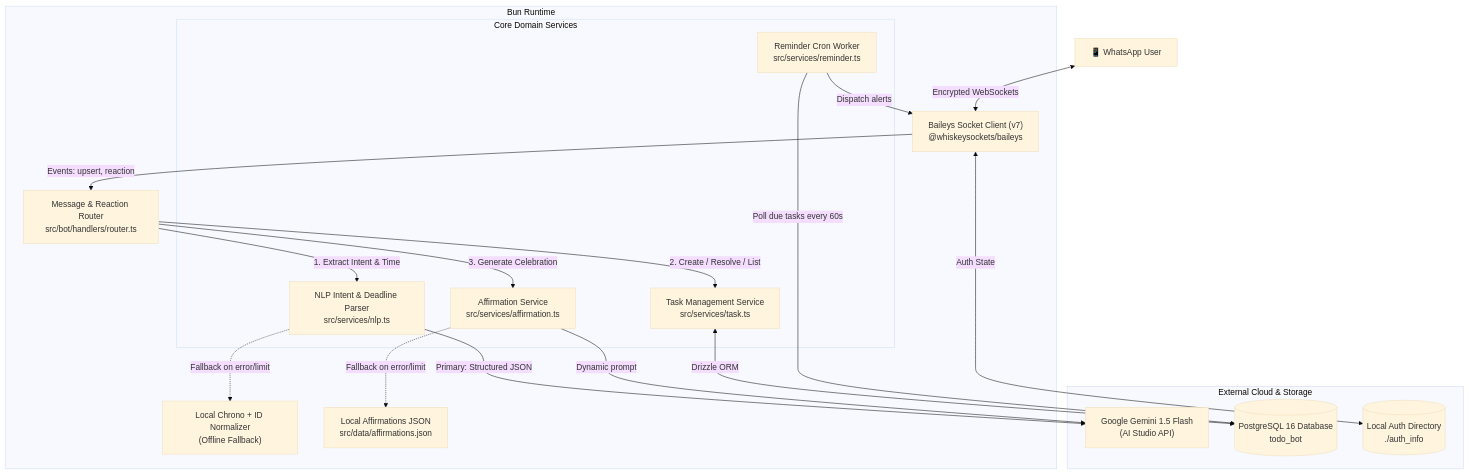
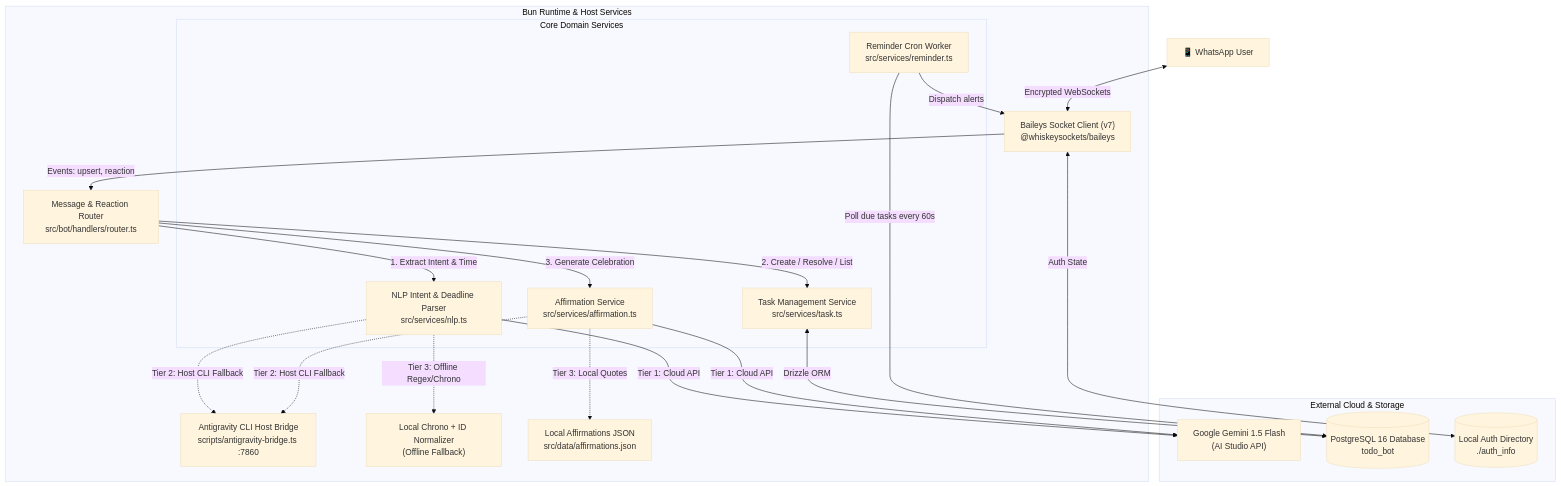
The first of 5 diagrams in docs/ARCHITECTURE.md (kevadamar/wabot-reminder), drawn with Mermaid (base theme) before and after one commit. The commit also changed 7 other files, not shown here.

Commit message:
feat: enhance Indonesian temporal parsing and add Antigravity CLI host bridge fallback

````diff
--- a/docs/ARCHITECTURE.md
+++ b/docs/ARCHITECTURE.md
@@ -11,43 +11,46 @@
 ```mermaid
 flowchart TD
     User["📱 WhatsApp User"]
     
-    subgraph Host["Bun Runtime"]
+    subgraph Host["Bun Runtime & Host Services"]
         Baileys["Baileys Socket Client (v7)<br/>@whiskeysockets/baileys"]
         Router["Message & Reaction Router<br/>src/bot/handlers/router.ts"]
         
         subgraph Services["Core Domain Services"]
             NLP["NLP Intent & Deadline Parser<br/>src/services/nlp.ts"]
             TaskSvc["Task Management Service<br/>src/services/task.ts"]
             ReminderWorker["Reminder Cron Worker<br/>src/services/reminder.ts"]
             AffirmSvc["Affirmation Service<br/>src/services/affirmation.ts"]
         end
         
+        AgyBridge["Antigravity CLI Host Bridge<br/>scripts/antigravity-bridge.ts :7860"]
         LocalParser["Local Chrono + ID Normalizer<br/>(Offline Fallback)"]
         LocalQuotes["Local Affirmations JSON<br/>src/data/affirmations.json"]
     end
     
     subgraph External["External Cloud & Storage"]
         Gemini["Google Gemini 1.5 Flash<br/>(AI Studio API)"]
         Postgres[("PostgreSQL 16 Database<br/>todo_bot")]
         AuthStore[("Local Auth Directory<br/>./auth_info")]
     end
 
     User <-->|Encrypted WebSockets| Baileys
     Baileys <-->|Auth State| AuthStore
     Baileys -->|Events: upsert, reaction| Router
     
     Router -->|1. Extract Intent & Time| NLP
-    NLP -->|Primary: Structured JSON| Gemini
-    NLP -.->|Fallback on error/limit| LocalParser
+    NLP -->|Tier 1: Cloud API| Gemini
+    NLP -.->|Tier 2: Host CLI Fallback| AgyBridge
+    NLP -.->|Tier 3: Offline Regex/Chrono| LocalParser
     
     Router -->|2. Create / Resolve / List| TaskSvc
     TaskSvc <-->|Drizzle ORM| Postgres
     
     Router -->|3. Generate Celebration| AffirmSvc
-    AffirmSvc -->|Dynamic prompt| Gemini
-    AffirmSvc -.->|Fallback on error/limit| LocalQuotes
+    AffirmSvc -->|Tier 1: Cloud API| Gemini
+    AffirmSvc -.->|Tier 2: Host CLI Fallback| AgyBridge
+    AffirmSvc -.->|Tier 3: Local Quotes| LocalQuotes
     
     ReminderWorker -->|Poll due tasks every 60s| Postgres
     ReminderWorker -->|Dispatch alerts| Baileys
 ```
````
